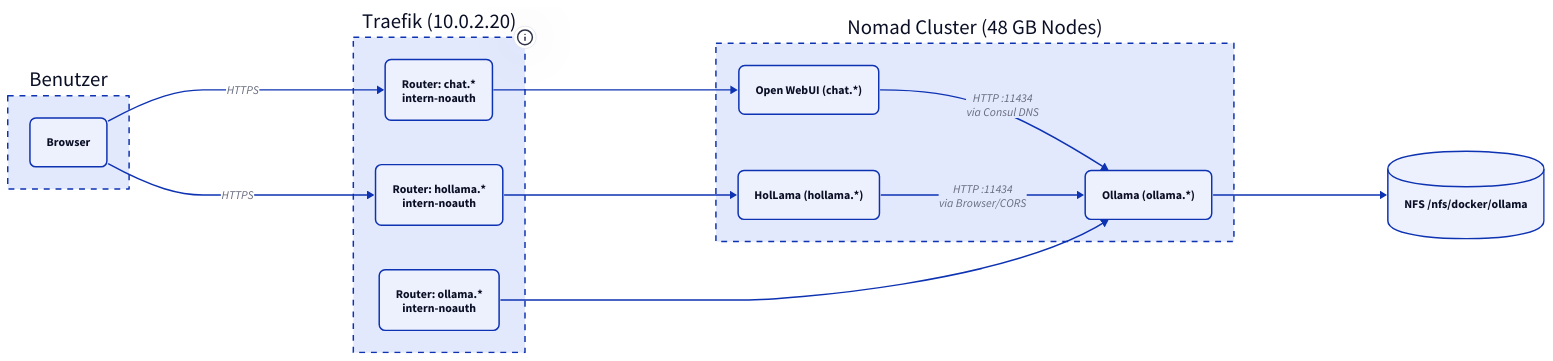
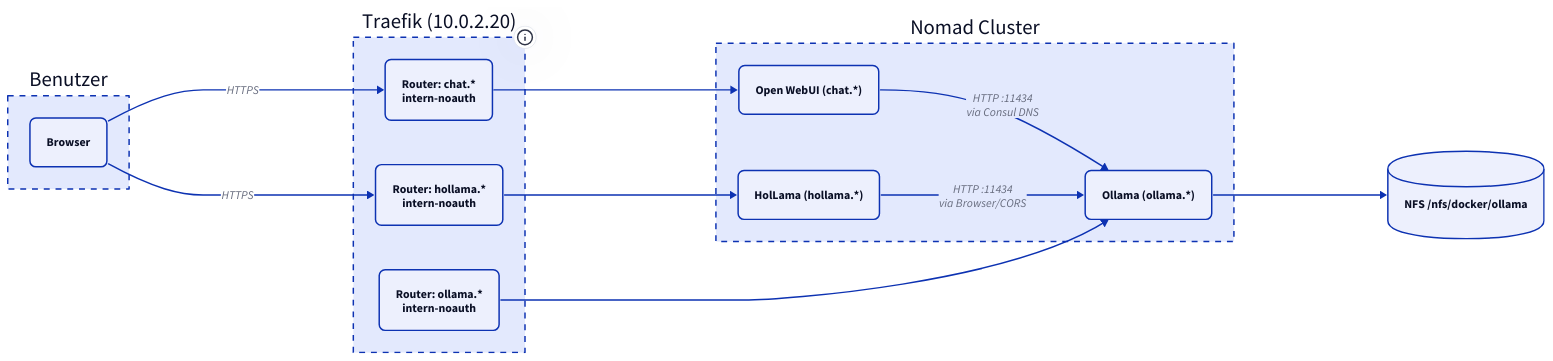
The diagram in docs/llm-stack/index.md (derever-labs/homelab-wiki), drawn with D2 before and after one commit. The commit also changed other lines of this file and 72 other files, not shown here.

````diff
--- a/docs/llm-stack/index.md
+++ b/docs/llm-stack/index.md
@@ -30,34 +30,34 @@
 ```d2
 direction: right
 
 User: Benutzer {
   style.stroke-dash: 4
   Browser: Browser { style.border-radius: 8 }
 }
 
 Traefik: "Traefik (10.0.2.20)" {
   style.stroke-dash: 4
   tooltip: "10.0.2.20"
   RC: "Router: chat.*\nintern-noauth" { style.border-radius: 8 }
   RH: "Router: hollama.*\nintern-noauth" { style.border-radius: 8 }
   RO: "Router: ollama.*\nintern-noauth" { style.border-radius: 8 }
 }
 
-Nomad: "Nomad Cluster (48 GB Nodes)" {
+Nomad: "Nomad Cluster" {
   style.stroke-dash: 4
   OW: "Open WebUI (chat.*)" { style.border-radius: 8 }
   HL: "HolLama (hollama.*)" { style.border-radius: 8 }
   OL: "Ollama (ollama.*)" { style.border-radius: 8 }
 }
 
 NFS: "NFS /nfs/docker/ollama" { shape: cylinder }
 
 User.Browser -> Traefik.RC: HTTPS
 User.Browser -> Traefik.RH: HTTPS
 Traefik.RC -> Nomad.OW
 Traefik.RH -> Nomad.HL
 Nomad.OW -> Nomad.OL: "HTTP :11434\nvia Consul DNS"
 Nomad.HL -> Nomad.OL: "HTTP :11434\nvia Browser/CORS"
 Traefik.RO -> Nomad.OL
 Nomad.OL -> NFS
 ```
````
